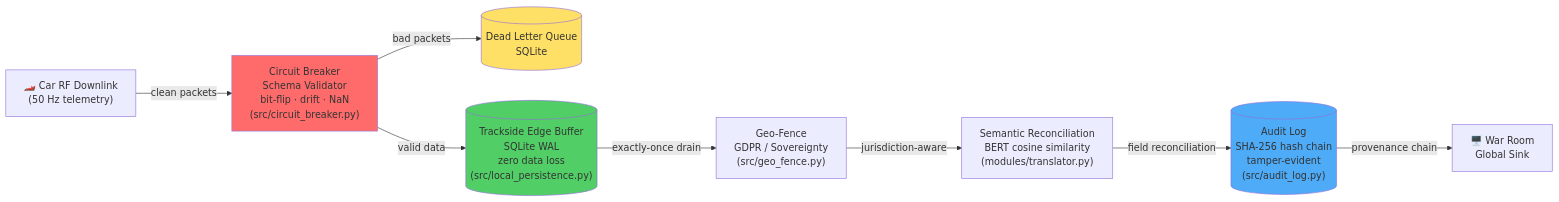
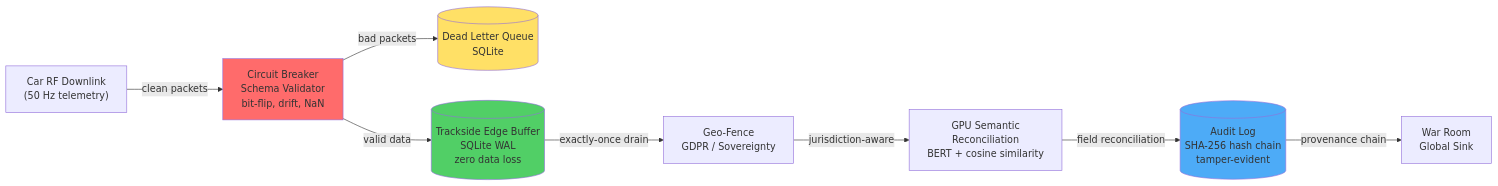
Before and after one commit to tarek-clarke/Web-Scraping-Demo: the diagram in README.md, drawn with Mermaid. The commit also changed other lines of this file and 38 other files, not shown here.

````diff
--- a/README.md
+++ b/README.md
@@ -99,24 +72,24 @@
 ```mermaid
 flowchart LR
-    RF["🏎️ Car RF Downlink<br/>(50 Hz telemetry)"]
-    CB["Circuit Breaker<br/>Schema Validator<br/>bit-flip · drift · NaN<br/>(src/circuit_breaker.py)"]
+    RF["Car RF Downlink<br/>(50 Hz telemetry)"]
+    CB["Circuit Breaker<br/>Schema Validator<br/>bit-flip, drift, NaN"]
     DLQ[("Dead Letter Queue<br/>SQLite")]
-    EDGE[("Trackside Edge Buffer<br/>SQLite WAL<br/>zero data loss<br/>(src/local_persistence.py)")]
-    GEO["Geo-Fence<br/>GDPR / Sovereignty<br/>(src/geo_fence.py)"]
-    BERT["Semantic Reconciliation<br/>BERT cosine similarity<br/>(modules/translator.py)"]
-    AUDIT[("Audit Log<br/>SHA-256 hash chain<br/>tamper-evident<br/>(src/audit_log.py)")]
-    SINK["🖥️ War Room<br/>Global Sink"]
+    EDGE[("Trackside Edge Buffer<br/>SQLite WAL<br/>zero data loss")]
+    GEO["Geo-Fence<br/>GDPR / Sovereignty"]
+    BERT["GPU Semantic<br/>Reconciliation<br/>BERT + cosine similarity"]
+    AUDIT[("Audit Log<br/>SHA-256 hash chain<br/>tamper-evident")]
+    SINK["War Room<br/>Global Sink"]
 
     RF -->|clean packets| CB
     CB -->|bad packets| DLQ
     CB -->|valid data| EDGE
     EDGE -->|exactly-once drain| GEO
     GEO -->|jurisdiction-aware| BERT
     BERT -->|field reconciliation| AUDIT
     AUDIT -->|provenance chain| SINK
 
     style CB fill:#ff6b6b
     style DLQ fill:#ffe066
     style EDGE fill:#51cf66
     style AUDIT fill:#4dabf7
 ```
````
